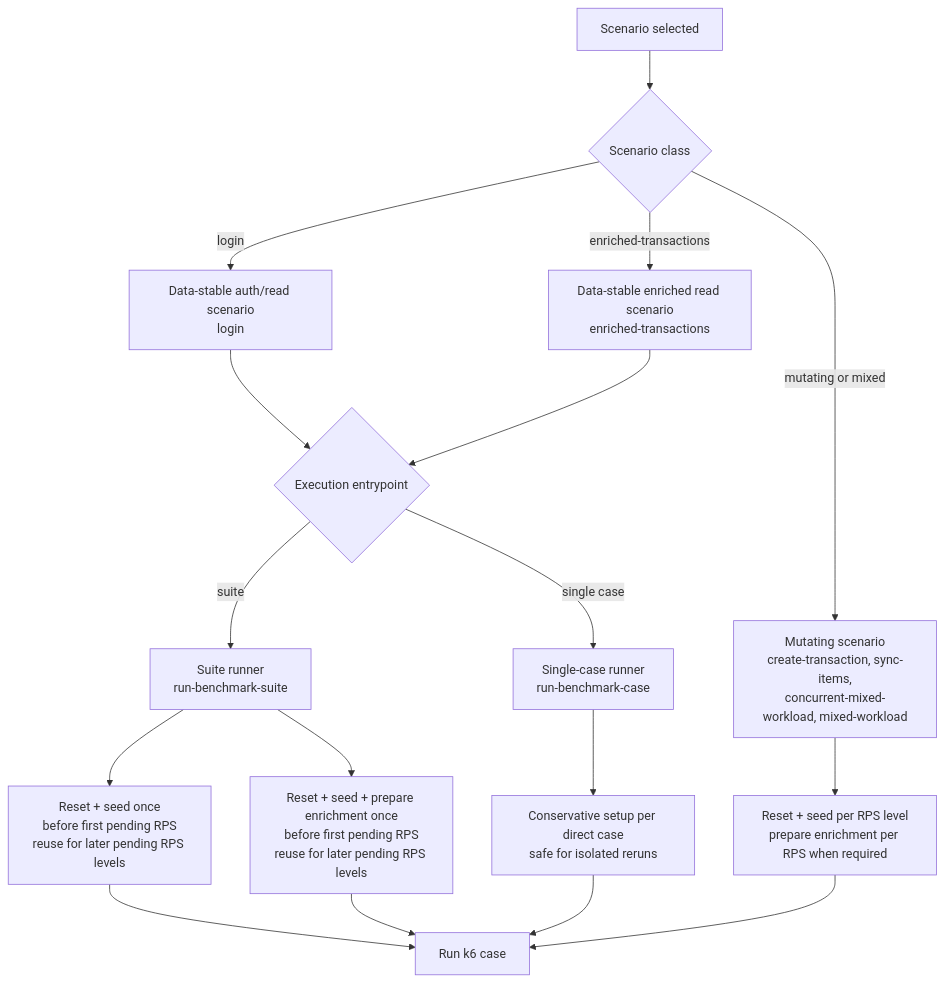
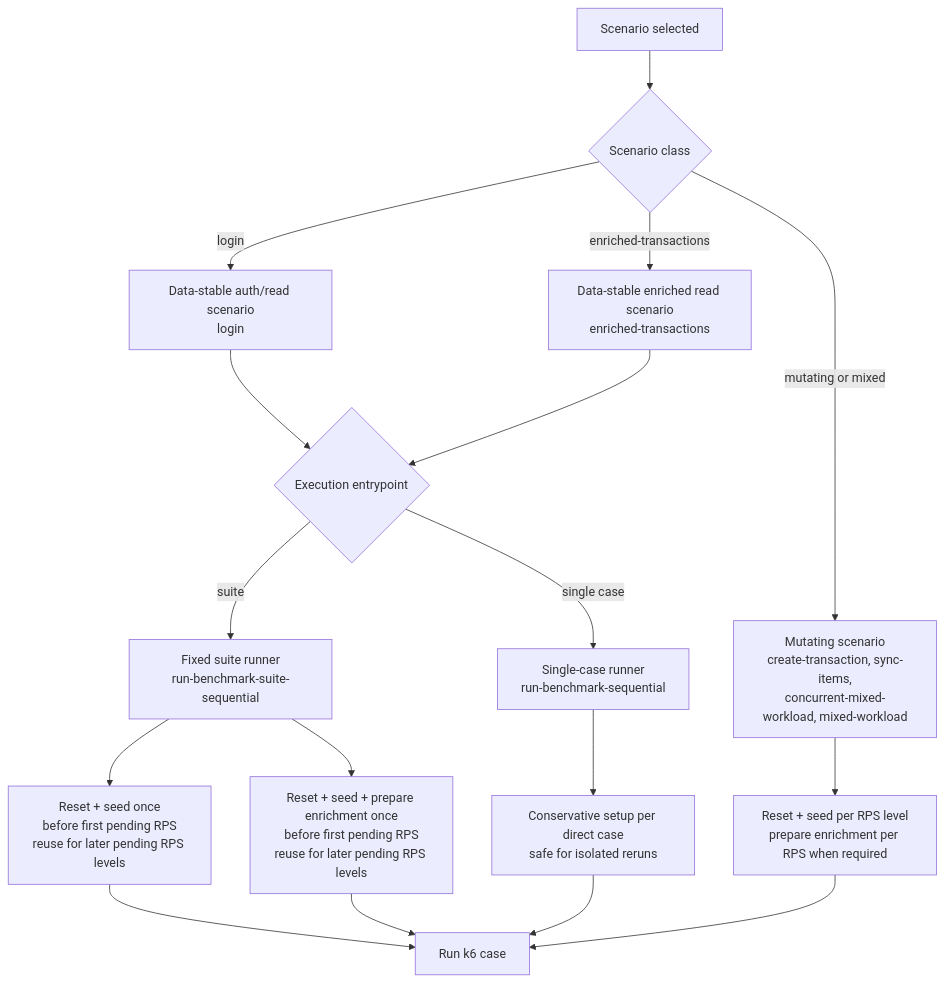
One commit to Ahmad-mufied/monolith-vs-microservice-thesis changed the second of 3 diagrams in docs/diagrams/vultr-sequential-suite-lifecycle.md. Above: the diagram before and after it, drawn with Mermaid. The commit also changed other lines of this file and 43 other files, not shown here.

````diff
--- a/docs/diagrams/vultr-sequential-suite-lifecycle.md
+++ b/docs/diagrams/vultr-sequential-suite-lifecycle.md
@@ -79,30 +79,30 @@
 ```mermaid
 flowchart TB
   scenario["Scenario selected"]
   classify{"Scenario class"}
   readonly["Data-stable auth/read scenario<br/>login"]
   enrichmentRead["Data-stable enriched read scenario<br/>enriched-transactions"]
   mutating["Mutating scenario<br/>create-transaction, sync-items,<br/>concurrent-mixed-workload, mixed-workload"]
   entrypoint{"Execution entrypoint"}
-  suiteRunner["Suite runner<br/>run-benchmark-suite"]
-  singleRunner["Single-case runner<br/>run-benchmark-case"]
+  suiteRunner["Fixed suite runner<br/>run-benchmark-suite-sequential"]
+  singleRunner["Single-case runner<br/>run-benchmark-sequential"]
   once["Reset + seed once<br/>before first pending RPS<br/>reuse for later pending RPS levels"]
   onceEnrich["Reset + seed + prepare enrichment once<br/>before first pending RPS<br/>reuse for later pending RPS levels"]
   everyCase["Reset + seed per RPS level<br/>prepare enrichment per RPS when required"]
   conservative["Conservative setup per direct case<br/>safe for isolated reruns"]
   k6Case["Run k6 case"]
 
   scenario --> classify
   classify -- "login" --> readonly --> entrypoint
   classify -- "enriched-transactions" --> enrichmentRead --> entrypoint
   classify -- "mutating or mixed" --> mutating --> everyCase
   entrypoint -- "suite" --> suiteRunner
   entrypoint -- "single case" --> singleRunner
   suiteRunner --> once
   suiteRunner --> onceEnrich
   singleRunner --> conservative
   once --> k6Case
   onceEnrich --> k6Case
   everyCase --> k6Case
   conservative --> k6Case
 ```
````
